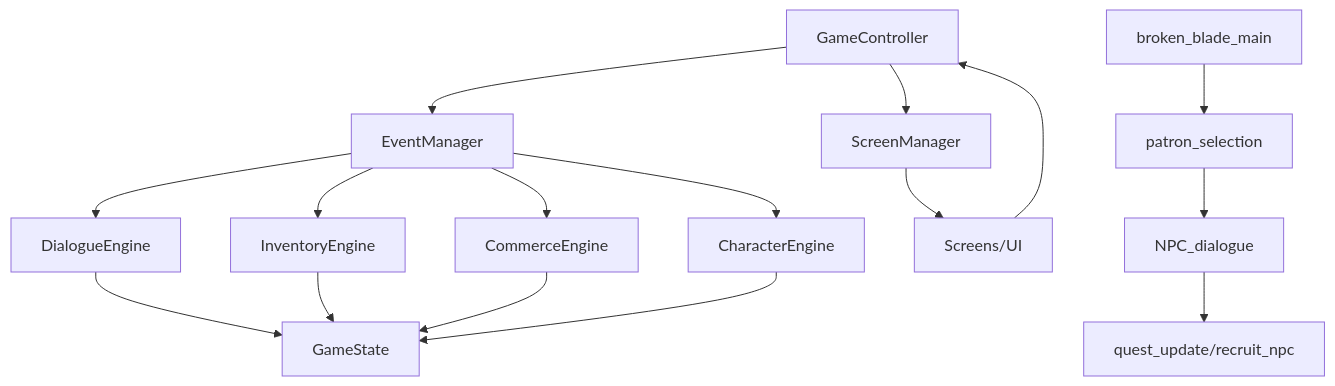
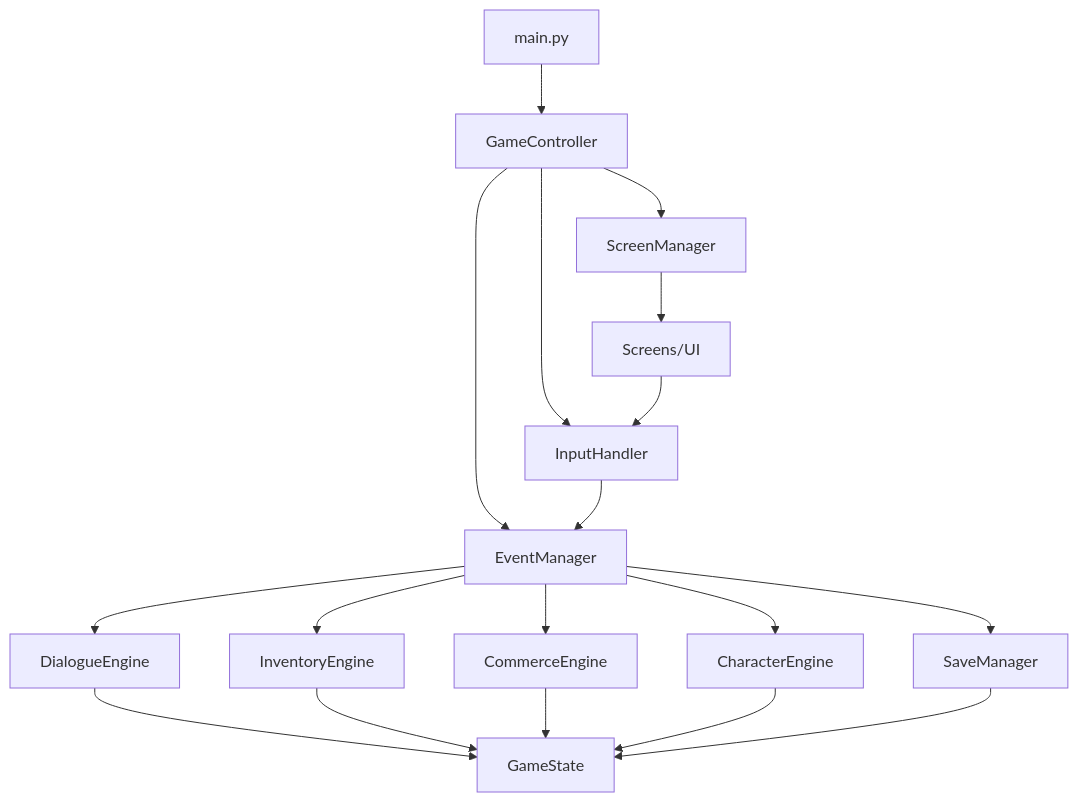
The diagram in docs/project_context.md (roamingmonk/Redstone), drawn with Mermaid before and after one commit. The commit also changed other lines of this file and 14 other files, not shown here.

````diff
--- a/docs/project_context.md
+++ b/docs/project_context.md
@@ -108,16 +123,16 @@
 ```mermaid
 flowchart TD
-  A[GameController] --> B[EventManager]
-  B --> C[DialogueEngine]
-  B --> D[InventoryEngine]
-  B --> E[CommerceEngine]
-  B --> F[CharacterEngine]
-  C & D & E & F --> G[GameState]
-  A --> H[ScreenManager]
-  H --> I[Screens/UI]
-  I --> A
-  
-  J[broken_blade_main] --> K[patron_selection]
-  K --> L[NPC_dialogue]
-  L --> M[quest_update/recruit_npc]
+  A[main.py] --> B[GameController]
+  B --> C[EventManager]
+  C --> D[DialogueEngine]
+  C --> E[InventoryEngine] 
+  C --> F[CommerceEngine]
+  C --> G[CharacterEngine]
+  C --> H[SaveManager]
+  D & E & F & G & H --> I[GameState]
+  B --> J[ScreenManager]
+  B --> K[InputHandler]
+  J --> L[Screens/UI]
+  K --> C
+  L --> K
 ```
````
